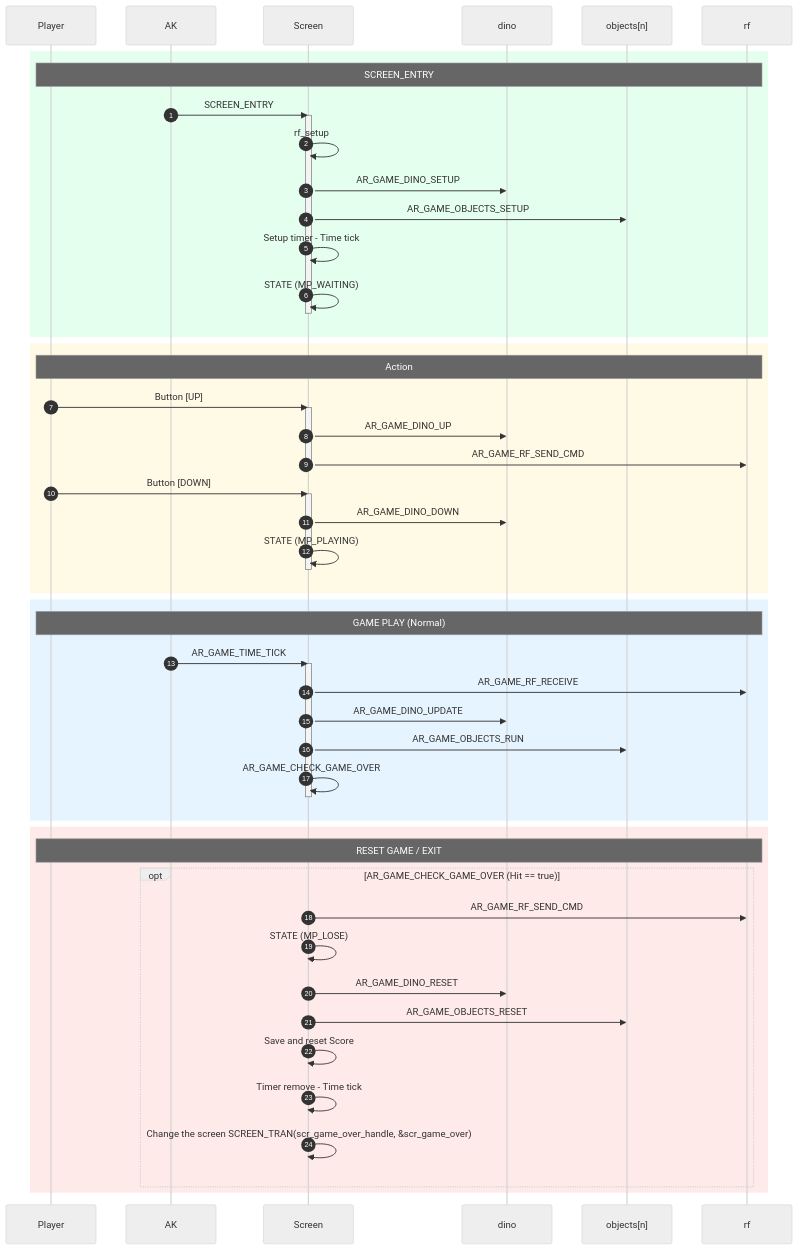
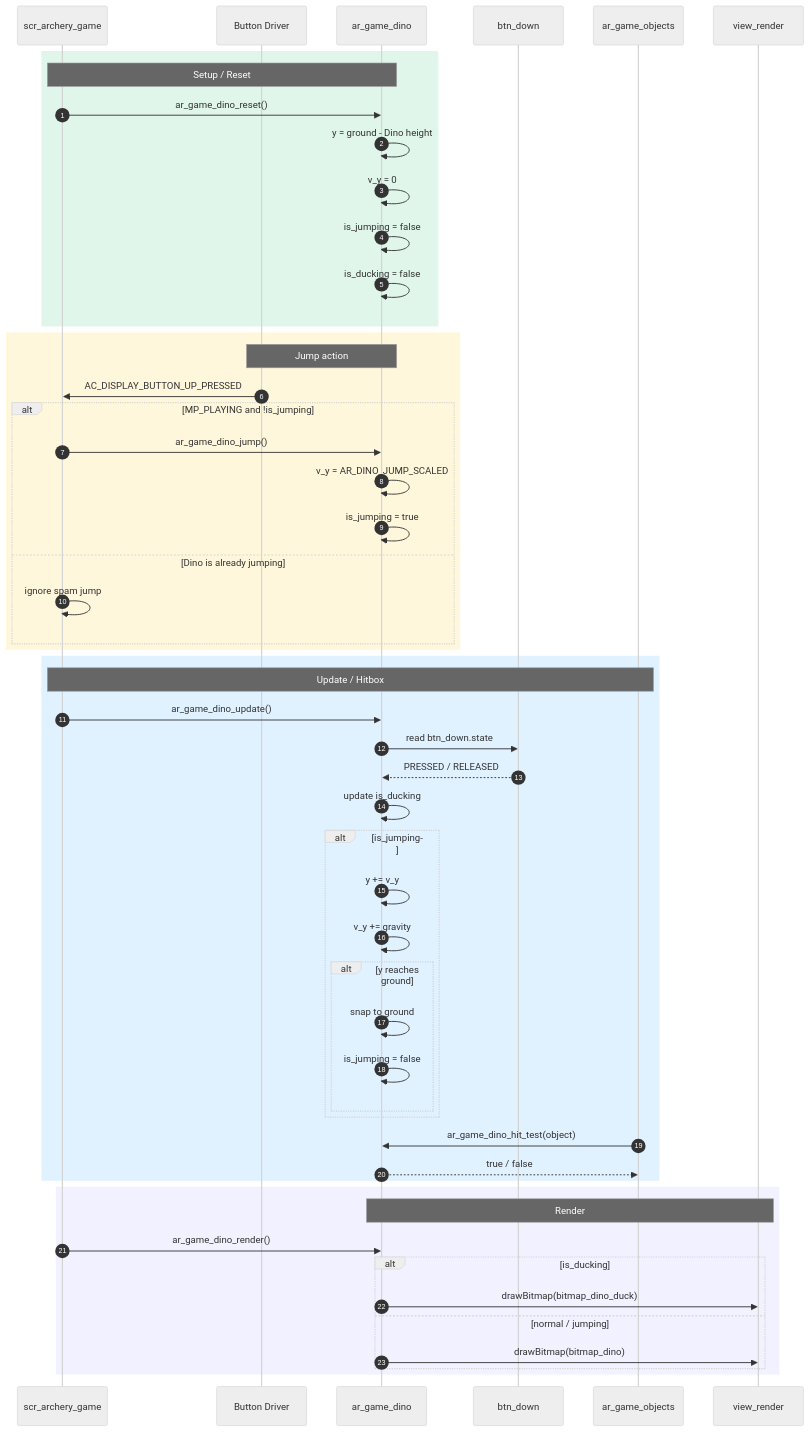
One commit to trqvu21/AK-KIT_DINOGAME changed the second of 7 diagrams in README.md. Above: the diagram before and after it, drawn with Mermaid (neutral theme). The commit also changed other lines of this file and 31 other files, not shown here.

````diff
--- a/README.md
+++ b/README.md
@@ -63,60 +283,59 @@
 ```mermaid
 sequenceDiagram
     autonumber
-    participant Player
-    participant AK
-    participant Screen
-    participant dino
-    participant objects[n]
-    participant rf
+    participant Screen as scr_archery_game
+    participant Button as Button Driver
+    participant Dino as ar_game_dino
+    participant Down as btn_down
+    participant Objects as ar_game_objects
+    participant OLED as view_render
 
-    rect rgba(0, 255, 100, 0.1)
-    Note over Player, rf: SCREEN_ENTRY
-    AK->>Screen: SCREEN_ENTRY
-    activate Screen
-    Screen->>Screen: rf_setup
-    Screen->>dino: AR_GAME_DINO_SETUP
-    Screen->>objects[n]: AR_GAME_OBJECTS_SETUP
-    Screen->>Screen: Setup timer - Time tick
-    Screen->>Screen: STATE (MP_WAITING)
-    deactivate Screen
+    rect rgba(0, 180, 80, 0.12)
+    Note over Screen, Dino: Setup / Reset
+    Screen->>Dino: ar_game_dino_reset()
+    Dino->>Dino: y = ground - Dino height
+    Dino->>Dino: v_y = 0
+    Dino->>Dino: is_jumping = false
+    Dino->>Dino: is_ducking = false
     end
 
-    rect rgba(255, 200, 0, 0.1)
-    Note over Player, rf: Action
-    Player->>Screen: Button [UP]
-    activate Screen
-    Screen->>dino: AR_GAME_DINO_UP
-    Screen->>rf: AR_GAME_RF_SEND_CMD
-    deactivate Screen
-    Player->>Screen: Button [DOWN]
-    activate Screen
-    Screen->>dino: AR_GAME_DINO_DOWN
-    Screen->>Screen: STATE (MP_PLAYING)
-    deactivate Screen
+    rect rgba(255, 200, 0, 0.14)
+    Note over Button, Dino: Jump action
+    Button->>Screen: AC_DISPLAY_BUTTON_UP_PRESSED
+    alt MP_PLAYING and !is_jumping
+        Screen->>Dino: ar_game_dino_jump()
+        Dino->>Dino: v_y = AR_DINO_JUMP_SCALED
+        Dino->>Dino: is_jumping = true
+    else Dino is already jumping
+        Screen->>Screen: ignore spam jump
+    end
     end
 
-    rect rgba(0, 150, 255, 0.1)
-    Note over Player, rf: GAME PLAY (Normal)
-    AK->>Screen: AR_GAME_TIME_TICK
-    activate Screen
-    Screen->>rf: AR_GAME_RF_RECEIVE
-    Screen->>dino: AR_GAME_DINO_UPDATE
-    Screen->>objects[n]: AR_GAME_OBJECTS_RUN
-    Screen->>Screen: AR_GAME_CHECK_GAME_OVER
-    deactivate Screen
+    rect rgba(0, 140, 255, 0.12)
+    Note over Screen, Objects: Update / Hitbox
+    Screen->>Dino: ar_game_dino_update()
+    Dino->>Down: read btn_down.state
+    Down-->>Dino: PRESSED / RELEASED
+    Dino->>Dino: update is_ducking
+    alt is_jumping
+        Dino->>Dino: y += v_y
+        Dino->>Dino: v_y += gravity
+        alt y reaches ground
+            Dino->>Dino: snap to ground
+            Dino->>Dino: is_jumping = false
+        end
+    end
+    Objects->>Dino: ar_game_dino_hit_test(object)
+    Dino-->>Objects: true / false
     end
 
-    rect rgba(255, 50, 50, 0.1)
-    Note over Player, rf: RESET GAME / EXIT
-    opt AR_GAME_CHECK_GAME_OVER (Hit == true)
-        Screen->>rf: AR_GAME_RF_SEND_CMD
-        Screen->>Screen: STATE (MP_LOSE)
-        Screen->>dino: AR_GAME_DINO_RESET
-        Screen->>objects[n]: AR_GAME_OBJECTS_RESET
-        Screen->>Screen: Save and reset Score
-        Screen->>Screen: Timer remove - Time tick
-        Screen->>Screen: Change the screen SCREEN_TRAN(scr_game_over_handle, &scr_game_over)
+    rect rgba(120, 120, 255, 0.10)
+    Note over Dino, OLED: Render
+    Screen->>Dino: ar_game_dino_render()
+    alt is_ducking
+        Dino->>OLED: drawBitmap(bitmap_dino_duck)
+    else normal / jumping
+        Dino->>OLED: drawBitmap(bitmap_dino)
     end
     end
 ```
````
